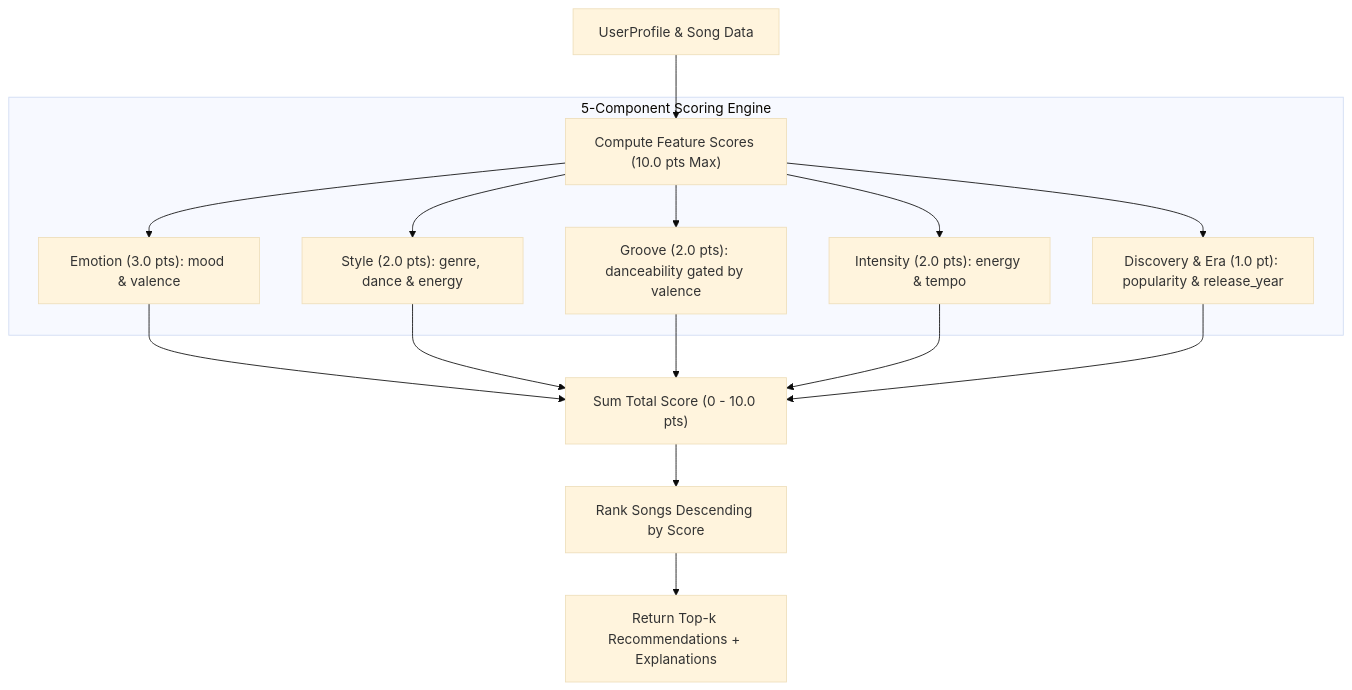
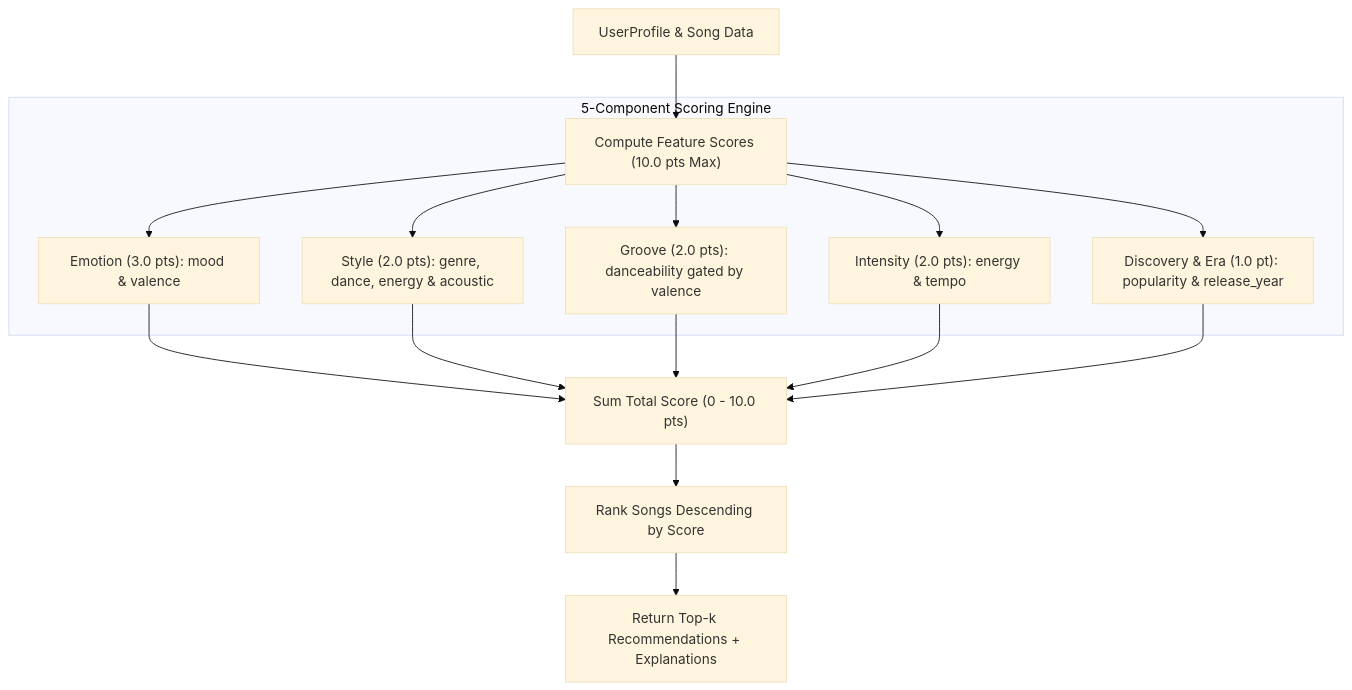
Before and after one commit to SquidWiggle/ai110-module3show-musicrecommendersimulation-starter: the diagram in README.md, drawn with Mermaid (base theme). The commit also changed other lines of this file and 3 other files, not shown here.

````diff
--- a/README.md
+++ b/README.md
@@ -71,21 +73,21 @@
 ```mermaid
 flowchart TD
     A["UserProfile & Song Data"] --> B["Compute Feature Scores (10.0 pts Max)"]
     
     subgraph Scoring ["5-Component Scoring Engine"]
         B --> C1["Emotion (3.0 pts): mood & valence"]
-        B --> C2["Style (2.0 pts): genre, dance & energy"]
+        B --> C2["Style (2.0 pts): genre, dance, energy & acoustic"]
         B --> C3["Groove (2.0 pts): danceability gated by valence"]
         B --> C4["Intensity (2.0 pts): energy & tempo"]
         B --> C5["Discovery & Era (1.0 pt): popularity & release_year"]
     end
 
     C1 --> D["Sum Total Score (0 - 10.0 pts)"]
     C2 --> D
     C3 --> D
     C4 --> D
     C5 --> D
 
     D --> E["Rank Songs Descending by Score"]
     E --> F["Return Top-k Recommendations + Explanations"]
 ```
````
